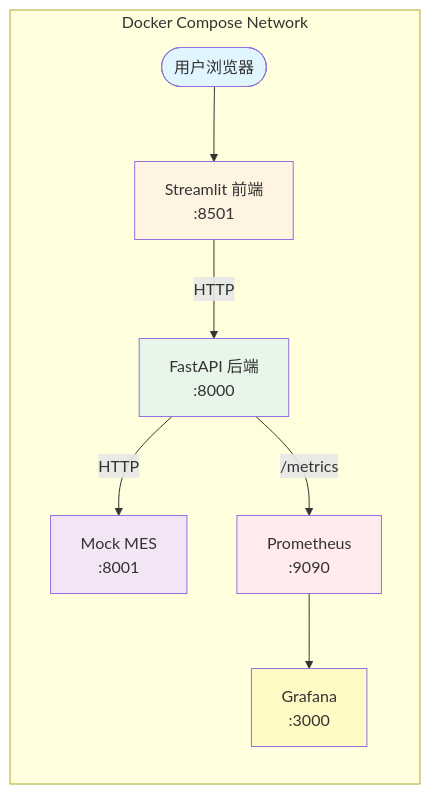
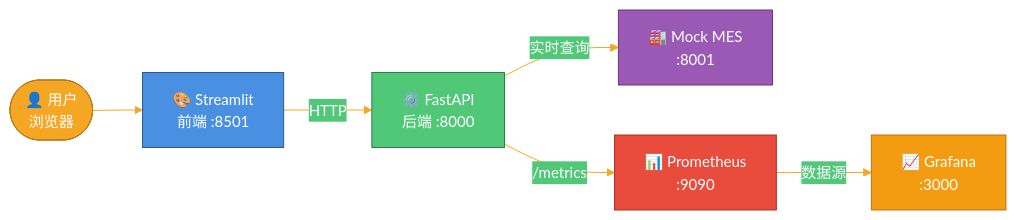
Before and after one commit to Wang-qi-git/langgraph-mes-business-agent: the first of 2 diagrams in README.md, drawn with Mermaid. The commit also changed other lines of this file, not shown here.

Commit message:
docs: improve architecture diagrams with custom Mermaid theme

````diff
--- a/README.md
+++ b/README.md
@@ -69,17 +69,35 @@
 ```mermaid
-flowchart TB
-    subgraph Docker["Docker Compose Network"]
-        direction TB
-        User([用户浏览器]) --> FE[Streamlit 前端<br/>:8501]
-        FE -->|HTTP| BE[FastAPI 后端<br/>:8000]
-        BE -->|HTTP| MES[Mock MES<br/>:8001]
-        BE -->|/metrics| P[Prometheus<br/>:9090]
-        P --> G[Grafana<br/>:3000]
-    end
-    style User fill:#e1f5ff
-    style FE fill:#fff4e1
-    style BE fill:#e8f5e9
-    style MES fill:#f3e5f5
-    style P fill:#ffebee
-    style G fill:#fff9c4
+%%{init: {
+  'theme': 'base',
+  'themeVariables': {
+    'primaryColor': '#4A90E2',
+    'primaryTextColor': '#ffffff',
+    'primaryBorderColor': '#2E5C8A',
+    'lineColor': '#F5A623',
+    'secondaryColor': '#50C878',
+    'tertiaryColor': '#E94B3C',
+    'fontSize': '15px',
+    'fontFamily': 'Arial, sans-serif'
+  }
+}}%%
+flowchart LR
+    User([👤 用户<br/>浏览器])
+    FE[🎨 Streamlit<br/>前端 :8501]
+    BE[⚙️ FastAPI<br/>后端 :8000]
+    MES[🏭 Mock MES<br/>:8001]
+    P[📊 Prometheus<br/>:9090]
+    G[📈 Grafana<br/>:3000]
+
+    User --> FE
+    FE -->|HTTP| BE
+    BE -->|实时查询| MES
+    BE -->|/metrics| P
+    P -->|数据源| G
+
+    style User fill:#F5A623,stroke:#B87B1A,color:#fff
+    style FE fill:#4A90E2,stroke:#2E5C8A,color:#fff
+    style BE fill:#50C878,stroke:#2E7D4F,color:#fff
+    style MES fill:#9B59B6,stroke:#6C3483,color:#fff
+    style P fill:#E94B3C,stroke:#A93226,color:#fff
+    style G fill:#F39C12,stroke:#B9770E,color:#fff
 ```
````
